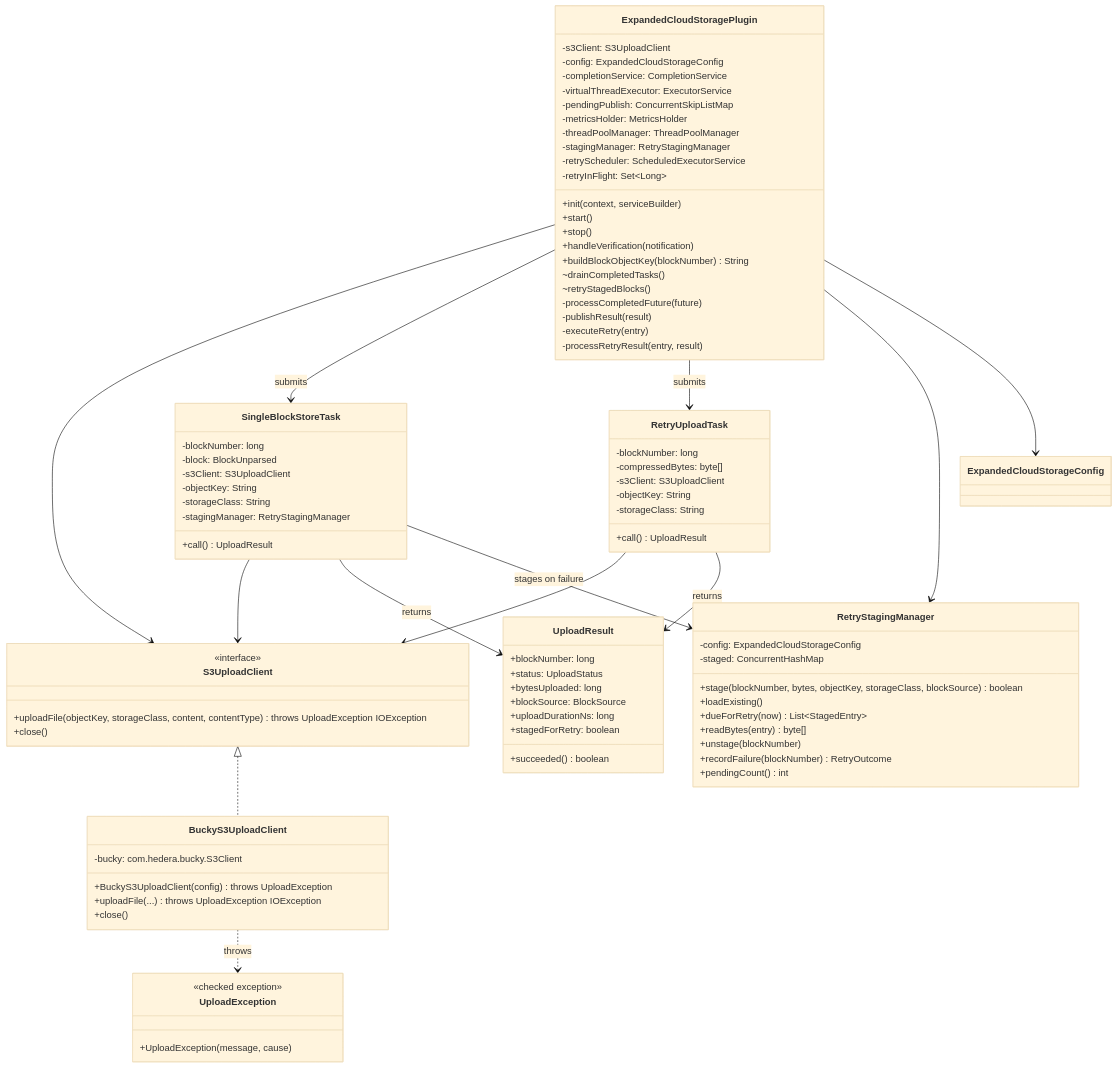
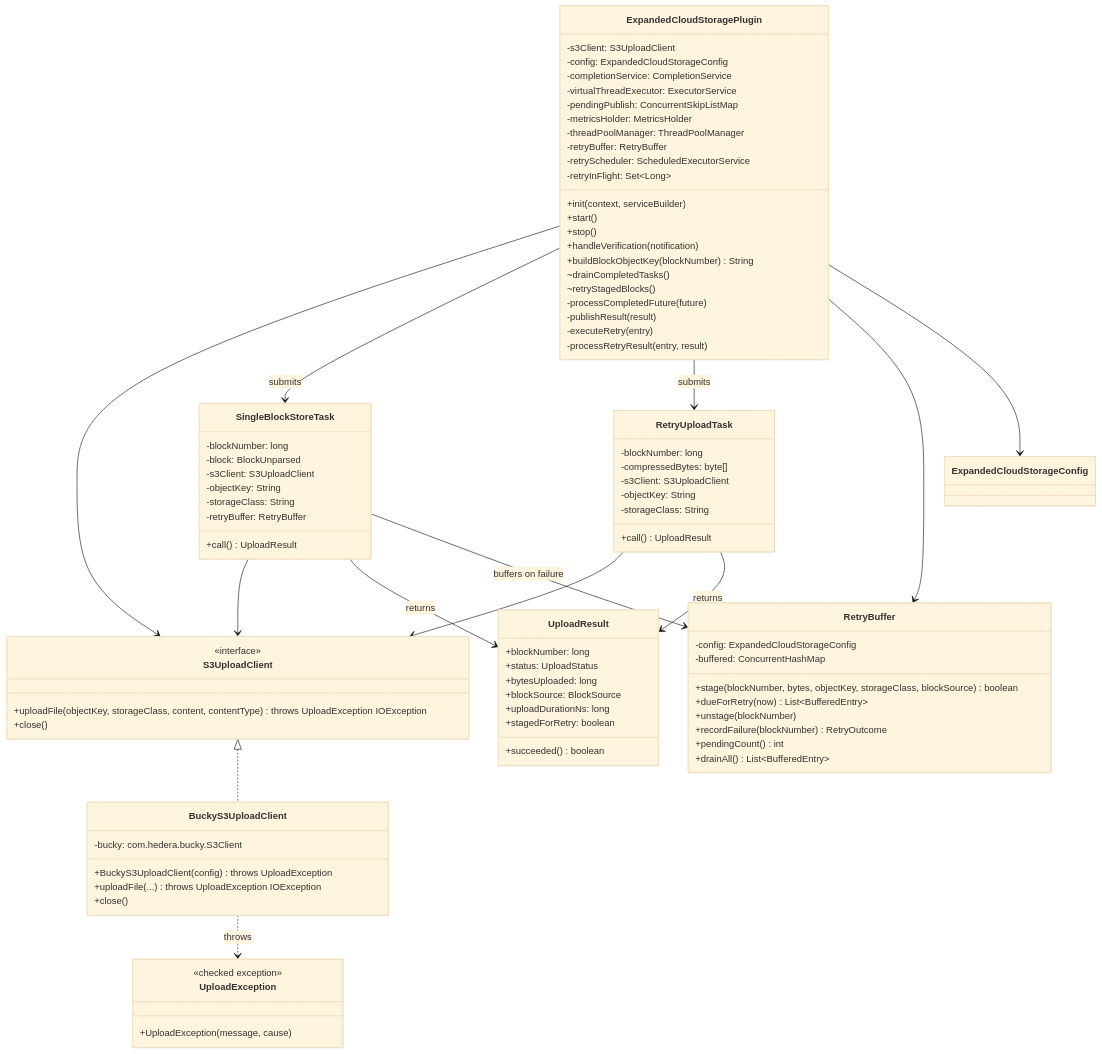
One commit to hiero-ledger/hiero-block-node changed the second of 2 diagrams in docs/design/persistence/cloud-storage-expanded.md. Above: the diagram before and after it, drawn with Mermaid (base theme). The commit also changed other lines of this file and 14 other files, not shown here.

Commit message:
Changed from local storage to in-memory buffer for failed block uploads

```diff
--- a/docs/design/persistence/cloud-storage-expanded.md
+++ b/docs/design/persistence/cloud-storage-expanded.md
@@ -389,7 +401,7 @@
         -pendingPublish: ConcurrentSkipListMap
         -metricsHolder: MetricsHolder
         -threadPoolManager: ThreadPoolManager
-        -stagingManager: RetryStagingManager
+        -retryBuffer: RetryBuffer
         -retryScheduler: ScheduledExecutorService
         -retryInFlight: Set~Long~
         +init(context, serviceBuilder)
@@ -410,7 +422,7 @@
         -s3Client: S3UploadClient
         -objectKey: String
         -storageClass: String
-        -stagingManager: RetryStagingManager
+        -retryBuffer: RetryBuffer
         +call() UploadResult
     }
     class UploadResult {
@@ -422,16 +434,15 @@
         +stagedForRetry: boolean
         +succeeded() boolean
     }
-    class RetryStagingManager {
+    class RetryBuffer {
         -config: ExpandedCloudStorageConfig
-        -staged: ConcurrentHashMap
+        -buffered: ConcurrentHashMap
         +stage(blockNumber, bytes, objectKey, storageClass, blockSource) boolean
-        +loadExisting()
-        +dueForRetry(now) List~StagedEntry~
-        +readBytes(entry) byte[]
+        +dueForRetry(now) List~BufferedEntry~
         +unstage(blockNumber)
         +recordFailure(blockNumber) RetryOutcome
         +pendingCount() int
+        +drainAll() List~BufferedEntry~
     }
     class RetryUploadTask {
         -blockNumber: long
@@ -446,10 +457,10 @@
     ExpandedCloudStoragePlugin --> S3UploadClient
     ExpandedCloudStoragePlugin --> SingleBlockStoreTask : submits
     ExpandedCloudStoragePlugin --> RetryUploadTask : submits
-    ExpandedCloudStoragePlugin --> RetryStagingManager
+    ExpandedCloudStoragePlugin --> RetryBuffer
     SingleBlockStoreTask --> S3UploadClient
     SingleBlockStoreTask --> UploadResult : returns
-    SingleBlockStoreTask --> RetryStagingManager : stages on failure
+    SingleBlockStoreTask --> RetryBuffer : buffers on failure
     RetryUploadTask --> S3UploadClient
     RetryUploadTask --> UploadResult : returns
     ExpandedCloudStoragePlugin --> ExpandedCloudStorageConfig
```
